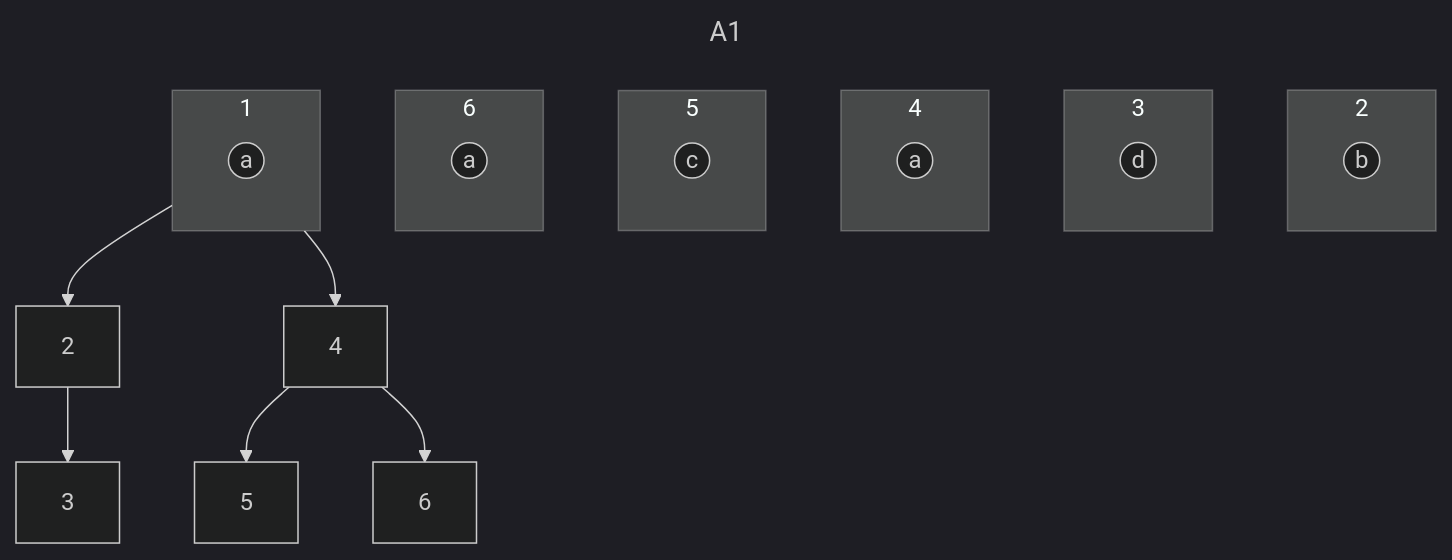
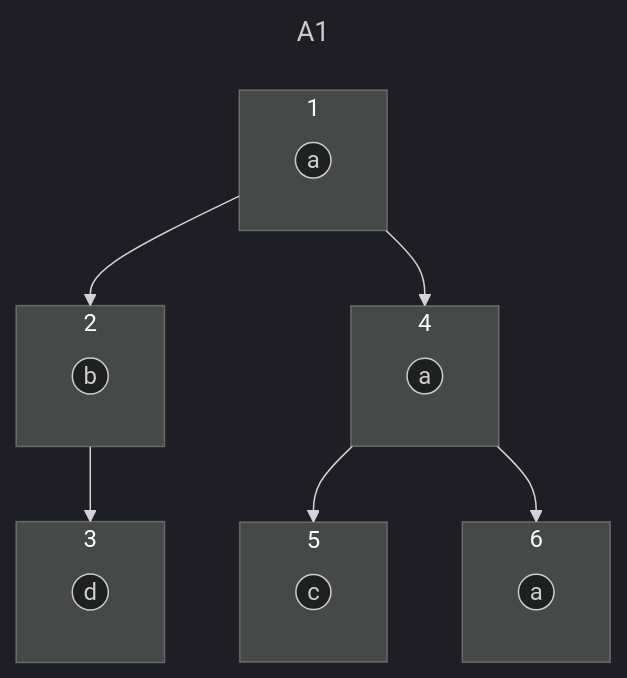
The third of 3 diagrams in Web_Dev/Astro/src/pages/DBMS/Strutture Dati.md.md (italocorraro/NotesRepo), drawn with Mermaid (dark theme) before and after one commit. The commit also changed 7 other files, not shown here.

Commit message:
added mermaid

````diff
--- a/Web_Dev/Astro/src/pages/DBMS/Strutture Dati.md.md
+++ b/Web_Dev/Astro/src/pages/DBMS/Strutture Dati.md.md
@@ -162,37 +162,38 @@
 ```mermaid
 ---
 title: A1
+config:
 ---
 
 flowchart TB
 
 subgraph 1
 a((a))
 end
 
-subgraph 2 
+subgraph 2
 b((b))
 end
 
-subgraph 3 
+subgraph 3
 d((d))
 end
 
-subgraph 4 
+subgraph 4
 g((a))
 end
 
-subgraph 5 
+subgraph 5
 c((c))
 end
 
-subgraph 6 
+subgraph 6
 h((a))
 end
 
 1 --> 2
 1 --> 4
 2 --> 3
 4 --> 5
 4 --> 6
 ```
````
